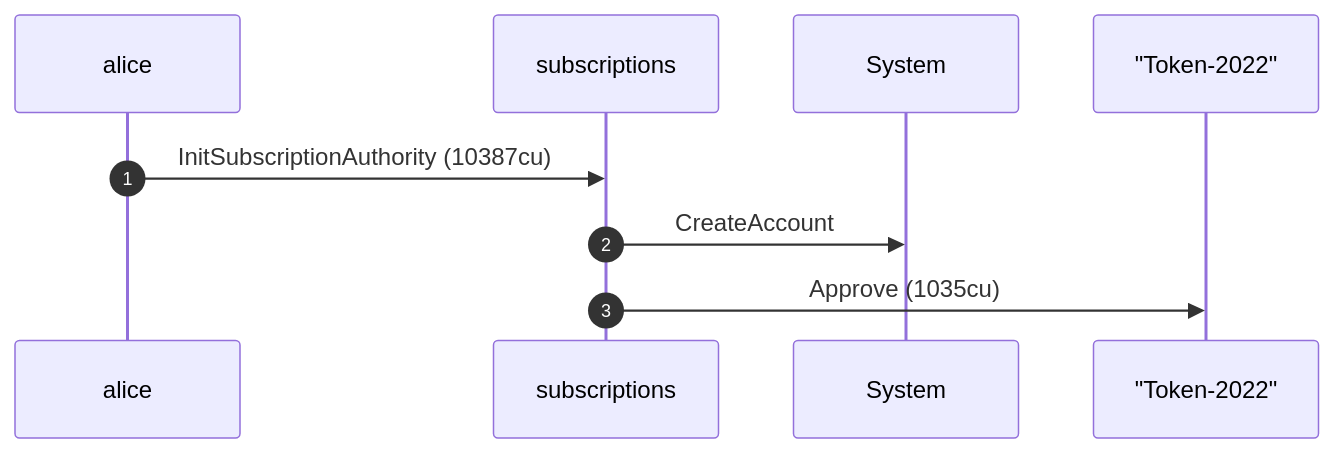
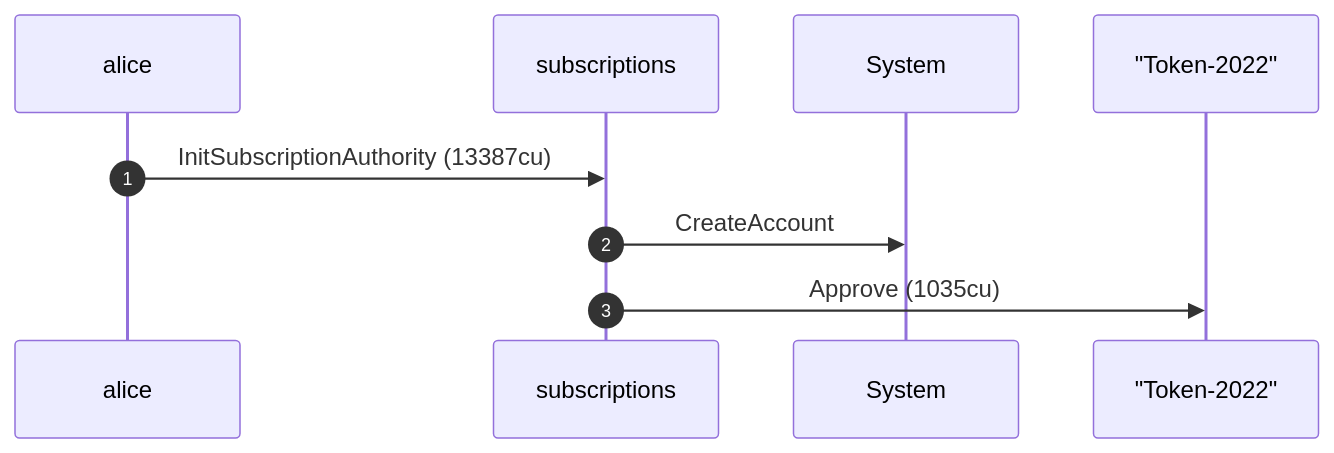
The first of 4 diagrams in dsl_tests/initialize-over-a-token-2022-mint---mintcloseauthority--.md (cds-rs/subscriptions), drawn with Mermaid before and after one commit. The commit also changed other lines of this file and 224 other files, not shown here.

````diff
--- a/dsl_tests/initialize-over-a-token-2022-mint---mintcloseauthority--.md
+++ b/dsl_tests/initialize-over-a-token-2022-mint---mintcloseauthority--.md
@@ -24,11 +25,11 @@
 ```mermaid
 sequenceDiagram
     autonumber
     participant alice
     participant subscriptions
     participant System
     participant Token_2022 as "Token-2022"
-    alice ->> subscriptions: InitSubscriptionAuthority (10387cu)
+    alice ->> subscriptions: InitSubscriptionAuthority (13387cu)
     subscriptions ->> System: CreateAccount
     subscriptions ->> Token_2022: Approve (1035cu)
 ```
````
